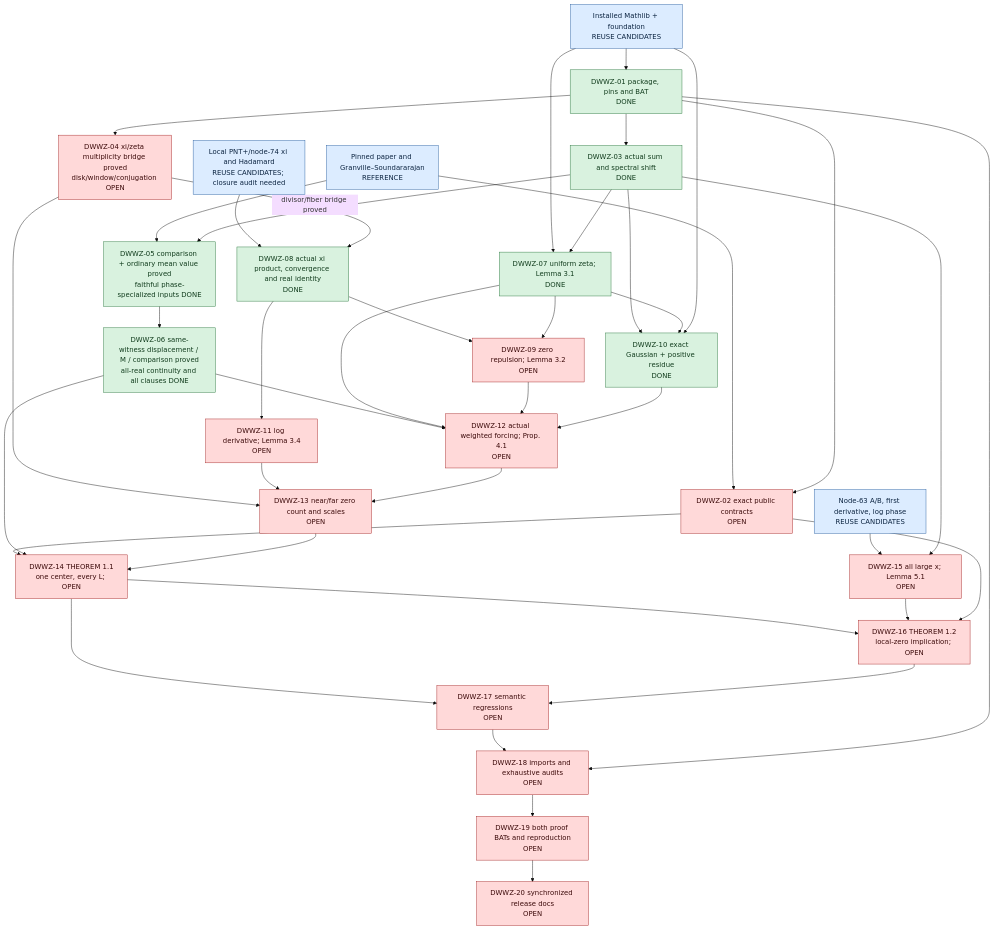
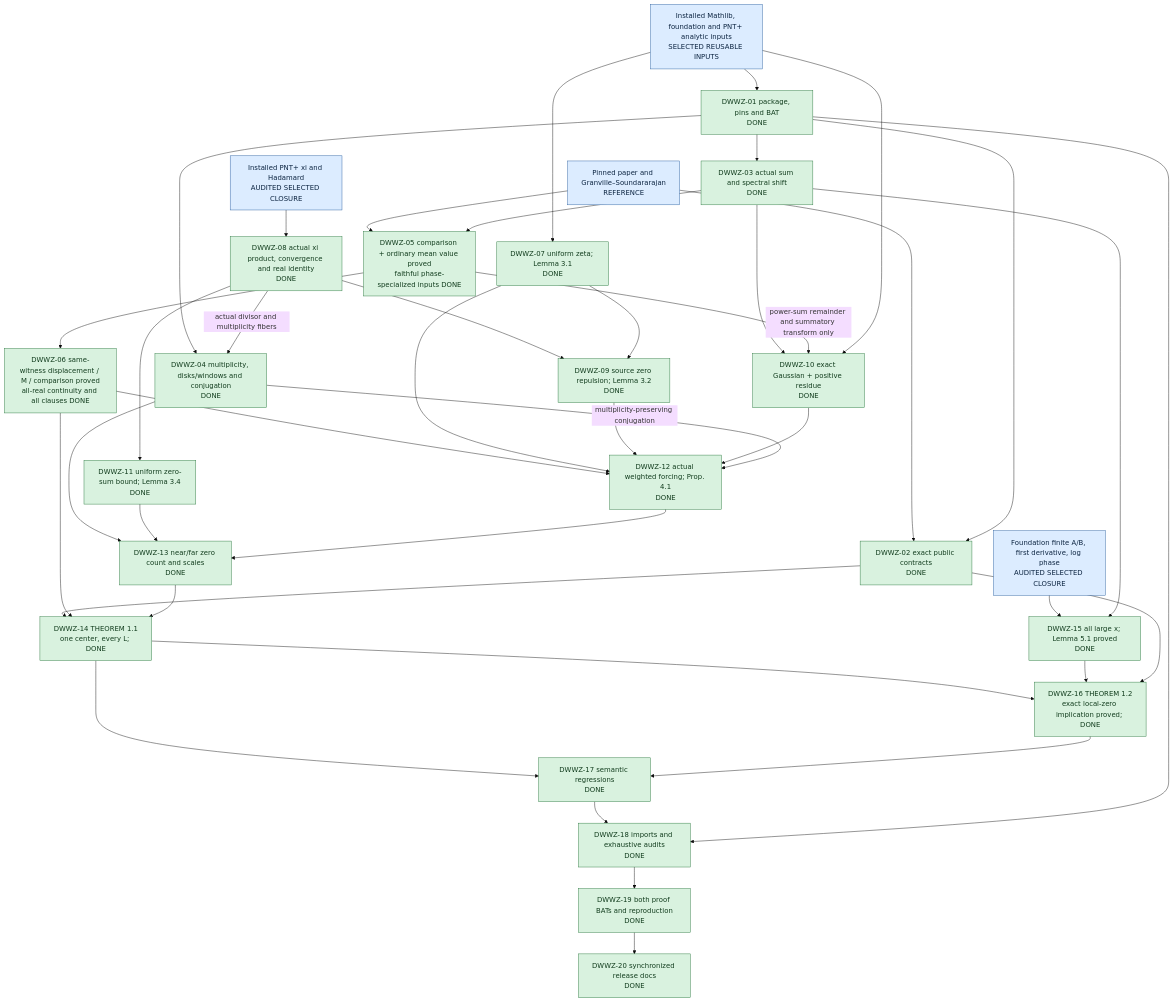
The diagram in Riemann Zeta/9. Zero Density, Large Values and Prime Transfer/77 Dong-Wang-Wang-Zhang, 2026/Dong-Wang-Wang-Zhang Architecture.md (smccolm/Lean), drawn with Mermaid (base theme) before and after one commit. The commit also changed other lines of this file and 45 other files, not shown here.

````diff
--- a/Riemann Zeta/9. Zero Density, Large Values and Prime Transfer/77 Dong-Wang-Wang-Zhang, 2026/Dong-Wang-Wang-Zhang Architecture.md
+++ b/Riemann Zeta/9. Zero Density, Large Values and Prime Transfer/77 Dong-Wang-Wang-Zhang, 2026/Dong-Wang-Wang-Zhang Architecture.md
@@ -5,72 +5,71 @@
 ```mermaid
 flowchart TD
     SRC["Pinned paper and Granville–Soundararajan<br/>REFERENCE"]
-    ML["Installed Mathlib + foundation<br/>REUSE CANDIDATES"]
-    XI["Local PNT+/node-74 xi and Hadamard<br/>REUSE CANDIDATES; closure audit needed"]
-    EP["Node-63 A/B, first derivative, log phase<br/>REUSE CANDIDATES"]
+    ML["Installed Mathlib, foundation and PNT+ analytic inputs<br/>SELECTED REUSABLE INPUTS"]
+    XI["Installed PNT+ xi and Hadamard<br/>AUDITED SELECTED CLOSURE"]
+    EP["Foundation finite A/B, first derivative, log phase<br/>AUDITED SELECTED CLOSURE"]
     G01["DWWZ-01 package, pins and BAT<br/>DONE"]
-    G02["DWWZ-02 exact public contracts<br/>OPEN"]
+    G02["DWWZ-02 exact public contracts<br/>DONE"]
     G03["DWWZ-03 actual sum and spectral shift<br/>DONE"]
-    G04["DWWZ-04 xi/zeta multiplicity bridge proved<br/>disk/window/conjugation OPEN"]
+    G04["DWWZ-04 multiplicity, disks/windows and conjugation<br/>DONE"]
     G05["DWWZ-05 comparison + ordinary mean value proved<br/>faithful phase-specialized inputs DONE"]
     G06["DWWZ-06 same-witness displacement / M / comparison proved<br/>all-real continuity and all clauses DONE"]
     G07["DWWZ-07 uniform zeta; Lemma 3.1<br/>DONE"]
     G08["DWWZ-08 actual xi product, convergence and real identity<br/>DONE"]
-    G09["DWWZ-09 zero repulsion; Lemma 3.2<br/>OPEN"]
+    G09["DWWZ-09 source zero repulsion; Lemma 3.2<br/>DONE"]
     G10["DWWZ-10 exact Gaussian + positive residue<br/>DONE"]
-    G11["DWWZ-11 log derivative; Lemma 3.4<br/>OPEN"]
-    G12["DWWZ-12 actual weighted forcing; Prop. 4.1<br/>OPEN"]
-    G13["DWWZ-13 near/far zero count and scales<br/>OPEN"]
-    G14["DWWZ-14 THEOREM 1.1<br/>one center, every L; OPEN"]
-    G15["DWWZ-15 all large x; Lemma 5.1<br/>OPEN"]
-    G16["DWWZ-16 THEOREM 1.2<br/>local-zero implication; OPEN"]
-    G17["DWWZ-17 semantic regressions<br/>OPEN"]
-    G18["DWWZ-18 imports and exhaustive audits<br/>OPEN"]
-    G19["DWWZ-19 both proof BATs and reproduction<br/>OPEN"]
-    G20["DWWZ-20 synchronized release docs<br/>OPEN"]
+    G11["DWWZ-11 uniform zero-sum bound; Lemma 3.4<br/>DONE"]
+    G12["DWWZ-12 actual weighted forcing; Prop. 4.1<br/>DONE"]
+    G13["DWWZ-13 near/far zero count and scales<br/>DONE"]
+    G14["DWWZ-14 THEOREM 1.1<br/>one center, every L; DONE"]
+    G15["DWWZ-15 all large x; Lemma 5.1 proved<br/>DONE"]
+    G16["DWWZ-16 THEOREM 1.2<br/>exact local-zero implication proved; DONE"]
+    G17["DWWZ-17 semantic regressions<br/>DONE"]
+    G18["DWWZ-18 imports and exhaustive audits<br/>DONE"]
+    G19["DWWZ-19 both proof BATs and reproduction<br/>DONE"]
+    G20["DWWZ-20 synchronized release docs<br/>DONE"]
     ML --> G01
     SRC --> G02
     G01 --> G02
     G01 --> G03
     G01 --> G04
     SRC --> G05
     G03 --> G05
     G05 --> G06
     ML --> G07
-    G03 --> G07
     XI --> G08
-    G04 -- "divisor/fiber bridge proved" --> G08
+    G08 -- "actual divisor and multiplicity fibers" --> G04
     G08 --> G09
     G07 --> G09
     G03 --> G10
-    G07 --> G10
+    G05 -- "power-sum remainder and summatory transform only" --> G10
     ML --> G10
     G08 --> G11
     G06 --> G12
     G07 --> G12
     G09 --> G12
     G10 --> G12
+    G04 -- "multiplicity-preserving conjugation" --> G12
     G04 --> G13
     G11 --> G13
     G12 --> G13
     G02 --> G14
     G06 --> G14
     G13 --> G14
     EP --> G15
     G03 --> G15
     G14 --> G16
     G15 --> G16
     G02 --> G16
     G14 --> G17
     G16 --> G17
     G17 --> G18
     G01 --> G18
     G18 --> G19
     G19 --> G20
     classDef reference fill:#dcecff,stroke:#245b9e,color:#0d2542;
     classDef open fill:#ffd9d9,stroke:#a32121,color:#3d0b0b;
     classDef done fill:#d9f2df,stroke:#26753a,color:#123d1e;
     class SRC,ML,XI,EP reference;
-    class G01,G03,G05,G06,G07,G08,G10 done;
-    class G02,G04,G09,G11,G12,G13,G14,G15,G16,G17,G18,G19,G20 open;
+    class G01,G02,G03,G04,G05,G06,G07,G08,G09,G10,G11,G12,G13,G14,G15,G16,G17,G18,G19,G20 done;
 ```
````
